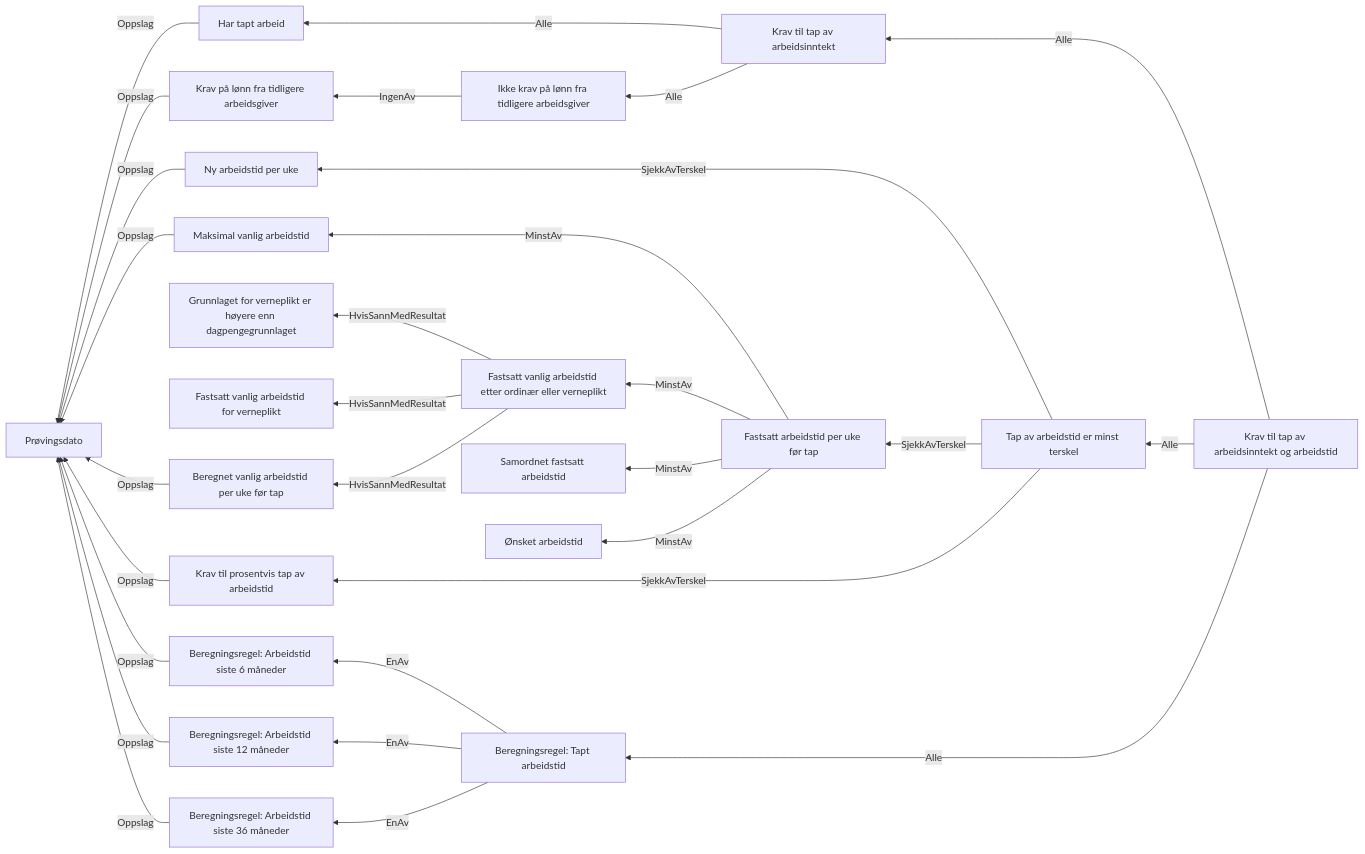
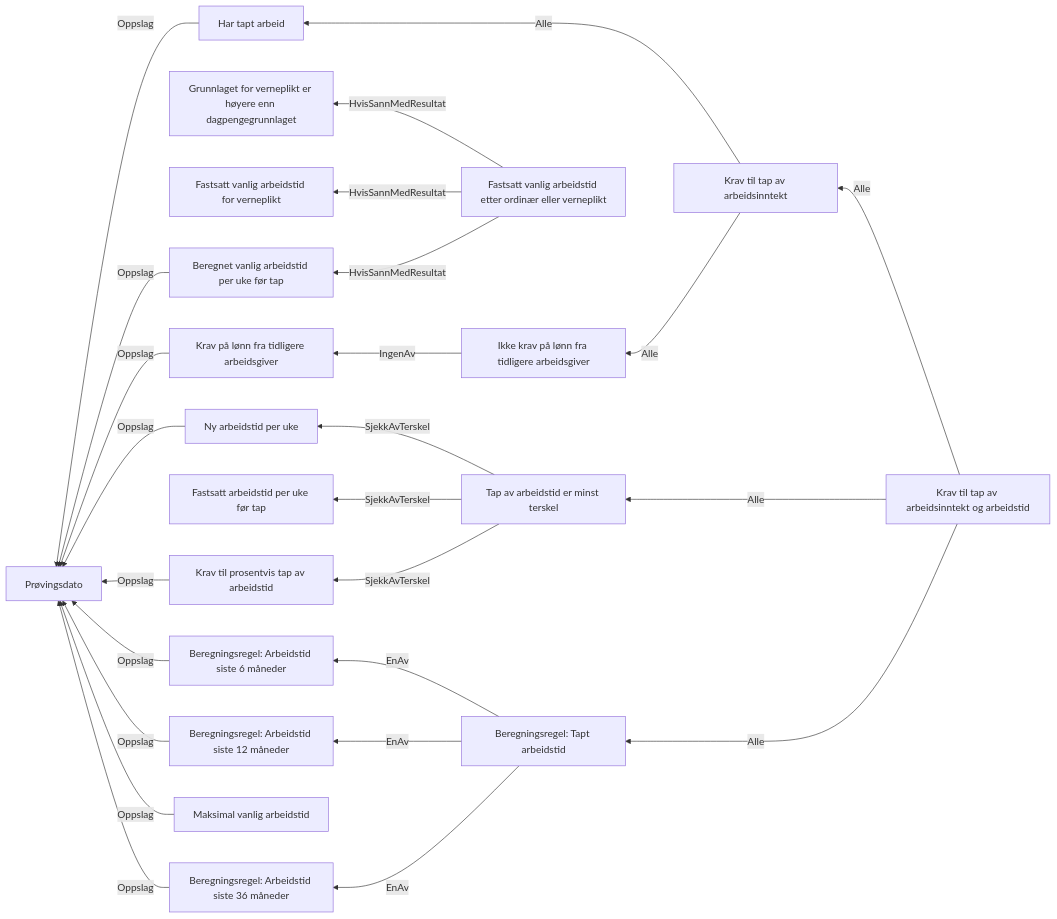
One commit to navikt/dp-vedtak changed the diagram in docs/regler/§ 4-3. Tap av arbeidsinntekt og arbeidstid.approved.md. Above: the diagram before and after it, drawn with Mermaid. The commit also changed 8 other files, not shown here.

Commit message:
Flytte fastsettelse av vanlig arbeidstid til egen fastsettelse-steg.

````diff
--- a/docs/regler/§ 4-3. Tap av arbeidsinntekt og arbeidstid.approved.md
+++ b/docs/regler/§ 4-3. Tap av arbeidsinntekt og arbeidstid.approved.md
@@ -5,31 +5,27 @@
 ```mermaid
 graph RL
   A["Har tapt arbeid"] -->|"Oppslag"| B["Prøvingsdato"]
   C["Krav på lønn fra tidligere arbeidsgiver"] -->|"Oppslag"| B["Prøvingsdato"]
   D["Ikke krav på lønn fra tidligere arbeidsgiver"] -->|"IngenAv"| C["Krav på lønn fra tidligere arbeidsgiver"]
   E["Krav til tap av arbeidsinntekt"] -->|"Alle"| A["Har tapt arbeid"]
   E["Krav til tap av arbeidsinntekt"] -->|"Alle"| D["Ikke krav på lønn fra tidligere arbeidsgiver"]
   F["Krav til prosentvis tap av arbeidstid"] -->|"Oppslag"| B["Prøvingsdato"]
   G["Beregningsregel: Arbeidstid siste 6 måneder"] -->|"Oppslag"| B["Prøvingsdato"]
   H["Beregningsregel: Arbeidstid siste 12 måneder"] -->|"Oppslag"| B["Prøvingsdato"]
   I["Beregningsregel: Arbeidstid siste 36 måneder"] -->|"Oppslag"| B["Prøvingsdato"]
   J["Beregnet vanlig arbeidstid per uke før tap"] -->|"Oppslag"| B["Prøvingsdato"]
   K["Fastsatt vanlig arbeidstid etter ordinær eller verneplikt"] -->|"HvisSannMedResultat"| L["Grunnlaget for verneplikt er høyere enn dagpengegrunnlaget"]
   K["Fastsatt vanlig arbeidstid etter ordinær eller verneplikt"] -->|"HvisSannMedResultat"| M["Fastsatt vanlig arbeidstid for verneplikt"]
   K["Fastsatt vanlig arbeidstid etter ordinær eller verneplikt"] -->|"HvisSannMedResultat"| J["Beregnet vanlig arbeidstid per uke før tap"]
   N["Ny arbeidstid per uke"] -->|"Oppslag"| B["Prøvingsdato"]
   O["Maksimal vanlig arbeidstid"] -->|"Oppslag"| B["Prøvingsdato"]
-  P["Fastsatt arbeidstid per uke før tap"] -->|"MinstAv"| O["Maksimal vanlig arbeidstid"]
-  P["Fastsatt arbeidstid per uke før tap"] -->|"MinstAv"| K["Fastsatt vanlig arbeidstid etter ordinær eller verneplikt"]
-  P["Fastsatt arbeidstid per uke før tap"] -->|"MinstAv"| Q["Samordnet fastsatt arbeidstid"]
-  P["Fastsatt arbeidstid per uke før tap"] -->|"MinstAv"| R["Ønsket arbeidstid"]
-  S["Tap av arbeidstid er minst terskel"] -->|"SjekkAvTerskel"| N["Ny arbeidstid per uke"]
-  S["Tap av arbeidstid er minst terskel"] -->|"SjekkAvTerskel"| P["Fastsatt arbeidstid per uke før tap"]
-  S["Tap av arbeidstid er minst terskel"] -->|"SjekkAvTerskel"| F["Krav til prosentvis tap av arbeidstid"]
-  T["Beregningsregel: Tapt arbeidstid"] -->|"EnAv"| G["Beregningsregel: Arbeidstid siste 6 måneder"]
-  T["Beregningsregel: Tapt arbeidstid"] -->|"EnAv"| H["Beregningsregel: Arbeidstid siste 12 måneder"]
-  T["Beregningsregel: Tapt arbeidstid"] -->|"EnAv"| I["Beregningsregel: Arbeidstid siste 36 måneder"]
-  U["Krav til tap av arbeidsinntekt og arbeidstid"] -->|"Alle"| E["Krav til tap av arbeidsinntekt"]
-  U["Krav til tap av arbeidsinntekt og arbeidstid"] -->|"Alle"| S["Tap av arbeidstid er minst terskel"]
-  U["Krav til tap av arbeidsinntekt og arbeidstid"] -->|"Alle"| T["Beregningsregel: Tapt arbeidstid"]
+  P["Tap av arbeidstid er minst terskel"] -->|"SjekkAvTerskel"| N["Ny arbeidstid per uke"]
+  P["Tap av arbeidstid er minst terskel"] -->|"SjekkAvTerskel"| Q["Fastsatt arbeidstid per uke før tap"]
+  P["Tap av arbeidstid er minst terskel"] -->|"SjekkAvTerskel"| F["Krav til prosentvis tap av arbeidstid"]
+  R["Beregningsregel: Tapt arbeidstid"] -->|"EnAv"| G["Beregningsregel: Arbeidstid siste 6 måneder"]
+  R["Beregningsregel: Tapt arbeidstid"] -->|"EnAv"| H["Beregningsregel: Arbeidstid siste 12 måneder"]
+  R["Beregningsregel: Tapt arbeidstid"] -->|"EnAv"| I["Beregningsregel: Arbeidstid siste 36 måneder"]
+  S["Krav til tap av arbeidsinntekt og arbeidstid"] -->|"Alle"| E["Krav til tap av arbeidsinntekt"]
+  S["Krav til tap av arbeidsinntekt og arbeidstid"] -->|"Alle"| P["Tap av arbeidstid er minst terskel"]
+  S["Krav til tap av arbeidsinntekt og arbeidstid"] -->|"Alle"| R["Beregningsregel: Tapt arbeidstid"]
 ```
````
